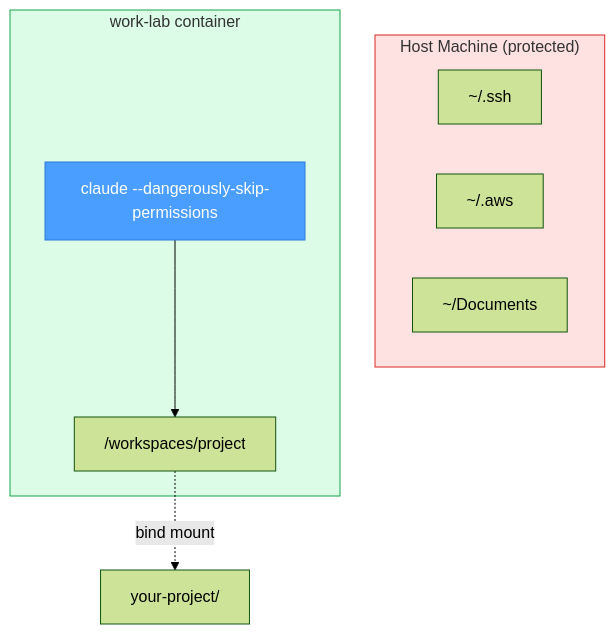
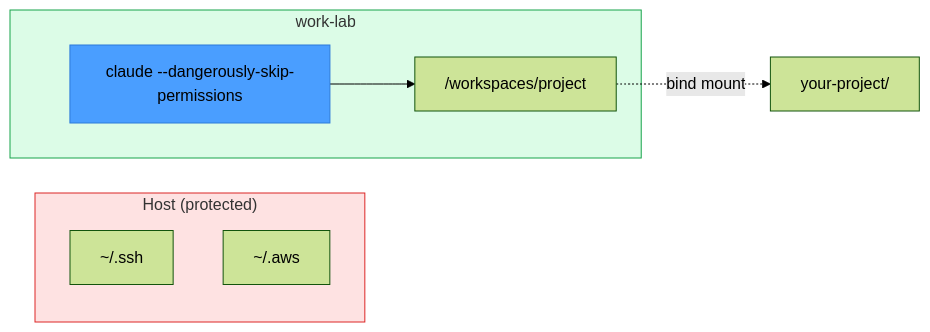
The third of 3 diagrams in README.md (modern-tooling/work-lab), drawn with Mermaid (forest theme) before and after one commit. The commit also changed other lines of this file, not shown here.

````diff
--- a/README.md
+++ b/README.md
@@ -255,18 +254,17 @@
 ```mermaid
-flowchart TB
-    subgraph Host["Host Machine (protected)"]
+flowchart LR
+    subgraph Host["Host (protected)"]
         SSH["~/.ssh"]
         AWS["~/.aws"]
-        Docs["~/Documents"]
     end
-    subgraph Container["work-lab container"]
+    subgraph Container["work-lab"]
         Agent["claude --dangerously-skip-permissions"]
         Project["/workspaces/project"]
     end
     HostProject["your-project/"]
     Agent --> Project
     Project -.->|bind mount| HostProject
     style Host fill:#fee2e2,stroke:#dc2626
     style Container fill:#dcfce7,stroke:#16a34a
-    style Agent fill:#4a9eff,stroke:#2d7ad9,color:#fff
+    style Agent fill:#4a9eff,stroke:#2d7ad9
 ```
````
